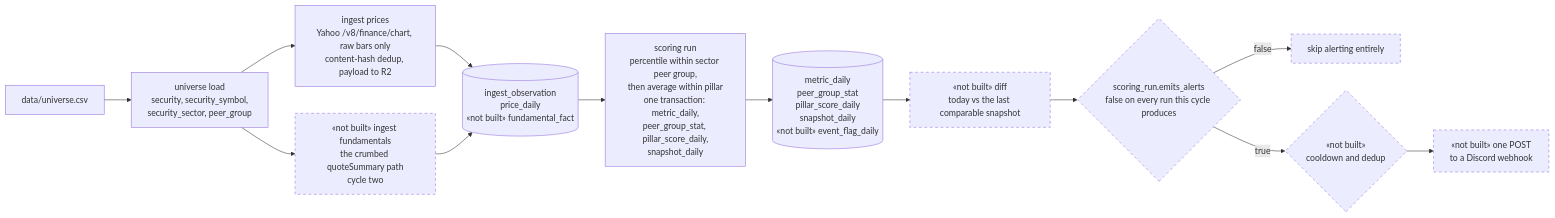
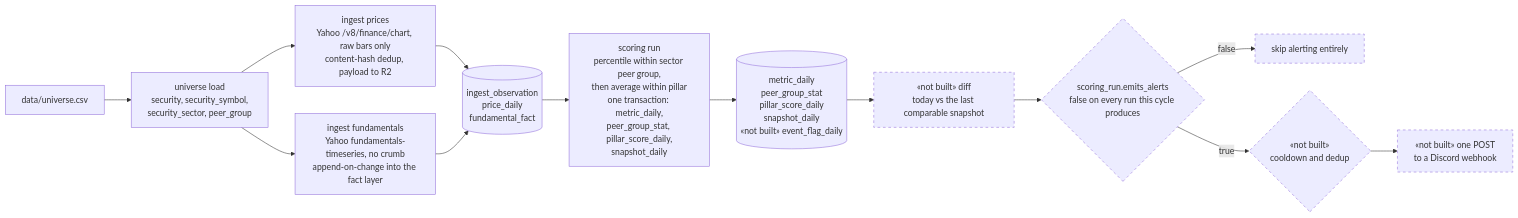
The ninth of 14 diagrams in docs/architecture.md (D1K03/stock-aggregator), drawn with Mermaid before and after one commit. The commit also changed other lines of this file and 7 other files, not shown here.

Commit message:
Say that fundamentals ingest exists, and correct three documents it disproves

````diff
--- a/docs/architecture.md
+++ b/docs/architecture.md
@@ -638,32 +638,32 @@
 ```mermaid
 flowchart LR
     classDef unbuilt stroke-dasharray: 5 5
 
     csv["data/universe.csv"]
     ident["universe load<br/>security, security_symbol,<br/>security_sector, peer_group"]
     ing["ingest prices<br/>Yahoo /v8/finance/chart, raw bars only<br/>content-hash dedup, payload to R2"]
-    ingf["«not built» ingest fundamentals<br/>the crumbed quoteSummary path<br/>cycle two"]
-    facts[("ingest_observation<br/>price_daily<br/>«not built» fundamental_fact")]
+    ingf["ingest fundamentals<br/>Yahoo fundamentals-timeseries, no crumb<br/>append-on-change into the fact layer"]
+    facts[("ingest_observation<br/>price_daily<br/>fundamental_fact")]
     sc["scoring run<br/>percentile within sector peer group,<br/>then average within pillar<br/>one transaction: metric_daily,<br/>peer_group_stat, pillar_score_daily,<br/>snapshot_daily"]
     derived[("metric_daily<br/>peer_group_stat<br/>pillar_score_daily<br/>snapshot_daily<br/>«not built» event_flag_daily")]
     diff["«not built» diff<br/>today vs the last comparable snapshot"]
     gate{"scoring_run.emits_alerts<br/>false on every run this cycle produces"}
     skip["skip alerting entirely"]
     cool{"«not built»<br/>cooldown and dedup"}
     post["«not built» one POST<br/>to a Discord webhook"]
 
     csv --> ident
     ident --> ing
     ident --> ingf
     ing --> facts
     ingf --> facts
     facts --> sc
     sc --> derived
     derived --> diff
     diff --> gate
     gate -->|false| skip
     gate -->|true| cool
     cool --> post
 
-    class ingf,diff,gate,skip,cool,post unbuilt
+    class diff,gate,skip,cool,post unbuilt
 ```
````
